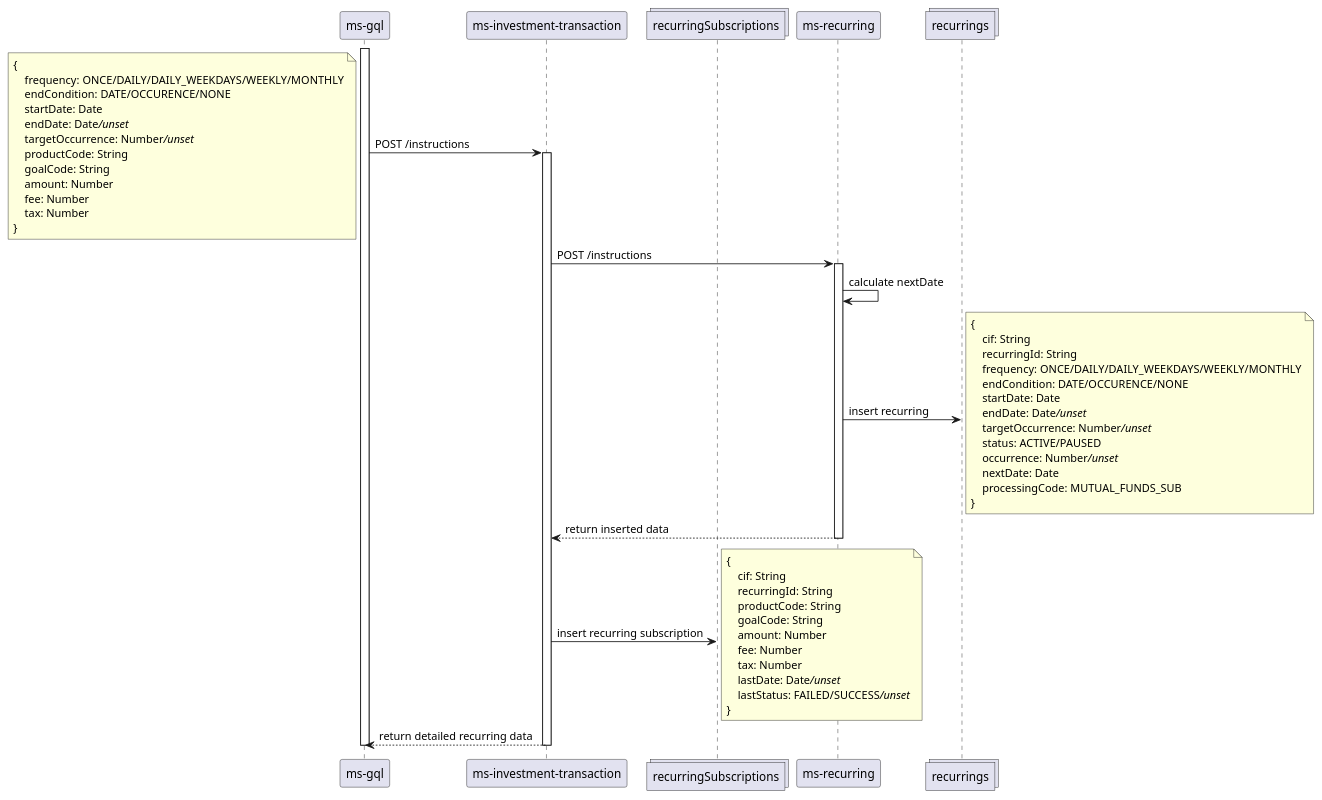
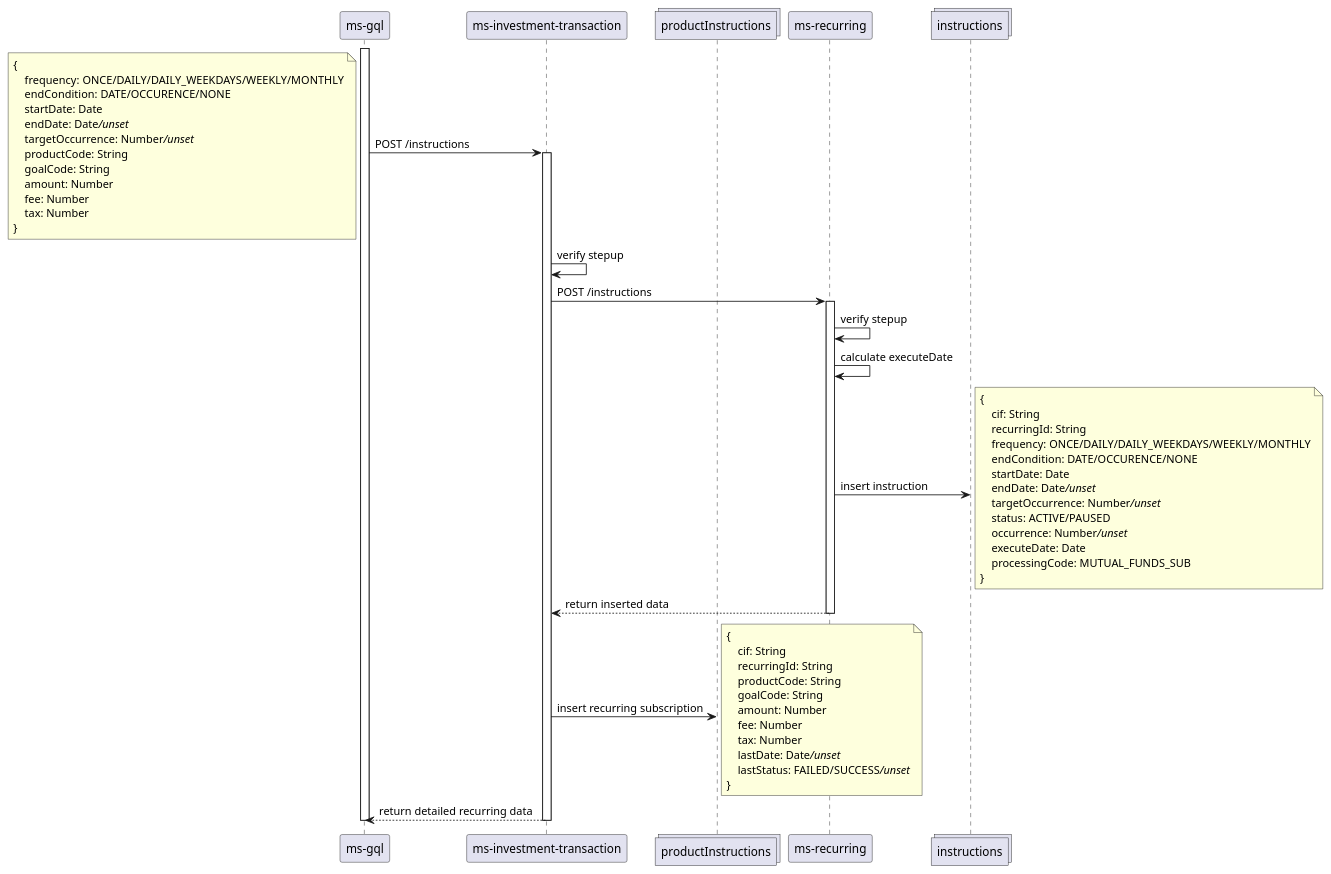
One commit to iksena/jenius-uml changed the diagram in mfRecurring.puml. Above: the diagram before and after it, drawn with PlantUML. The commit also changed 4 other files, not shown here.

```diff
--- a/mfRecurring.puml
+++ b/mfRecurring.puml
@@ -1,65 +1,67 @@
 @startuml mutual funds recurring
 
 participant "ms-gql" as mg
 participant "ms-investment-transaction" as mit
-collections "recurringSubscriptions" as recSubs
+collections "productInstructions" as recSubs
 participant "ms-recurring" as mr
-collections "recurrings" as recs
+collections "instructions" as recs
 
 activate mg
 mg -> mit: POST /instructions
 note left
 { 
     frequency: ONCE/DAILY/DAILY_WEEKDAYS/WEEKLY/MONTHLY
     endCondition: DATE/OCCURENCE/NONE
     startDate: Date
     endDate: Date///unset//
     targetOccurrence: Number///unset//
     productCode: String
     goalCode: String
     amount: Number
     fee: Number
     tax: Number
 }
 end note
 activate mit
+mit -> mit: verify stepup
 mit -> mr: POST /instructions
 activate mr
-mr -> mr: calculate nextDate
-mr -> recs: insert recurring
+mr -> mr: verify stepup
+mr -> mr: calculate executeDate
+mr -> recs: insert instruction
 note right
 { 
     cif: String
     recurringId: String
     frequency: ONCE/DAILY/DAILY_WEEKDAYS/WEEKLY/MONTHLY
     endCondition: DATE/OCCURENCE/NONE
     startDate: Date
     endDate: Date///unset//
     targetOccurrence: Number///unset//
     status: ACTIVE/PAUSED
     occurrence: Number///unset//
-    nextDate: Date
+    executeDate: Date
     processingCode: MUTUAL_FUNDS_SUB
 }
 end note
 mr --> mit: return inserted data
 deactivate mr
 mit-> recSubs: insert recurring subscription
 note right
 { 
     cif: String
     recurringId: String
     productCode: String
     goalCode: String
     amount: Number
     fee: Number
     tax: Number
     lastDate: Date///unset//
     lastStatus: FAILED/SUCCESS///unset//
 }
 end note
 mit --> mg: return detailed recurring data
 deactivate mit
 deactivate mg
 
 @enduml
```
